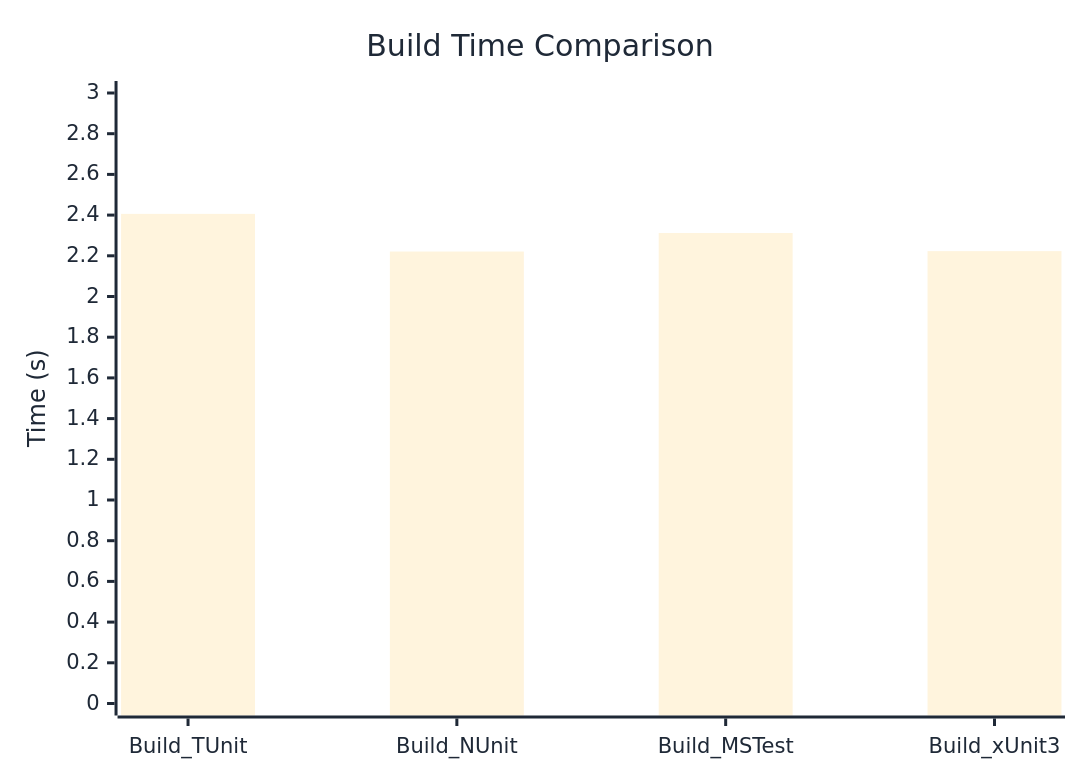
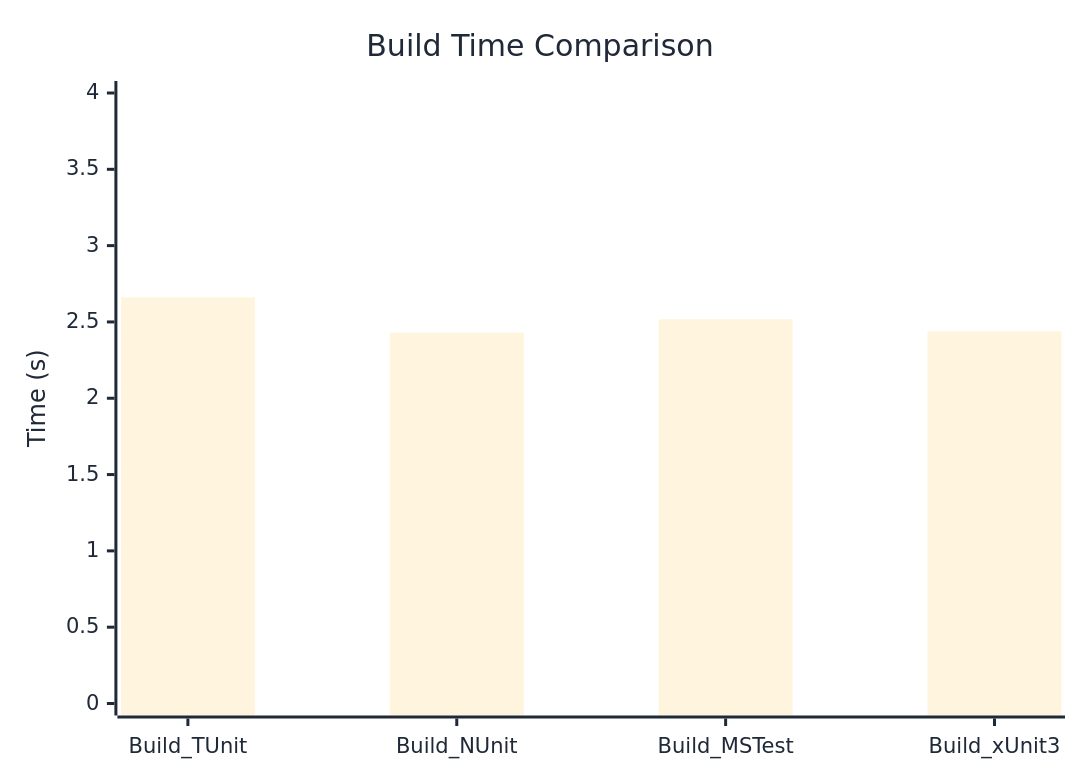
Before and after one commit to thomhurst/TUnit: the diagram in docs/docs/benchmarks/BuildTime.md, drawn with Mermaid. The commit also changed other lines of this file and 17 other files, not shown here.

````diff
--- a/docs/docs/benchmarks/BuildTime.md
+++ b/docs/docs/benchmarks/BuildTime.md
@@ -28,37 +28,37 @@
 ```mermaid
 %%{init: {
   'theme':'base',
   'themeVariables': {
     'primaryColor': '#2563eb',
     'primaryTextColor': '#1f2937',
     'primaryBorderColor': '#1e40af',
     'lineColor': '#6b7280',
     'secondaryColor': '#7c3aed',
     'tertiaryColor': '#dc2626',
     'background': '#ffffff',
     'mainBkg': '#2563eb',
     'secondBkg': '#7c3aed',
     'tertiaryBkg': '#dc2626',
     'clusterBkg': '#f3f4f6',
     'edgeLabelBackground': '#ffffff',
     'tertiaryTextColor': '#1f2937',
     'pie1': '#2563eb',
     'pie2': '#7c3aed',
     'pie3': '#dc2626',
     'pie4': '#f59e0b',
     'pie5': '#10b981',
     'pie6': '#06b6d4',
     'pie7': '#ec4899',
     'pie8': '#6366f1',
     'pie9': '#84cc16',
     'pie10': '#f97316',
     'pie11': '#14b8a6',
     'pie12': '#a855f7'
   }
 }}%%
 xychart-beta
   title "Build Time Comparison"
   x-axis ["Build_TUnit", "Build_NUnit", "Build_MSTest", "Build_xUnit3"]
-  y-axis "Time (s)" 0 --> 3
-  bar [2.406, 2.221, 2.312, 2.223]
+  y-axis "Time (s)" 0 --> 4
+  bar [2.661, 2.43, 2.517, 2.438]
 ```
````
